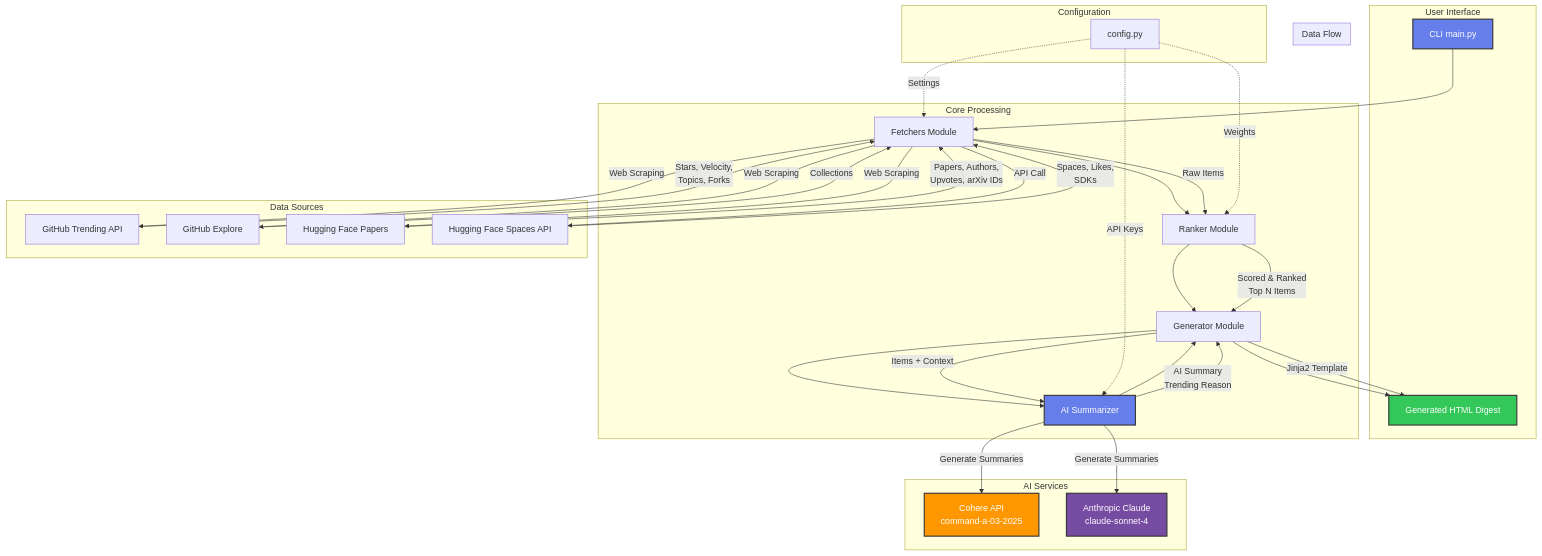
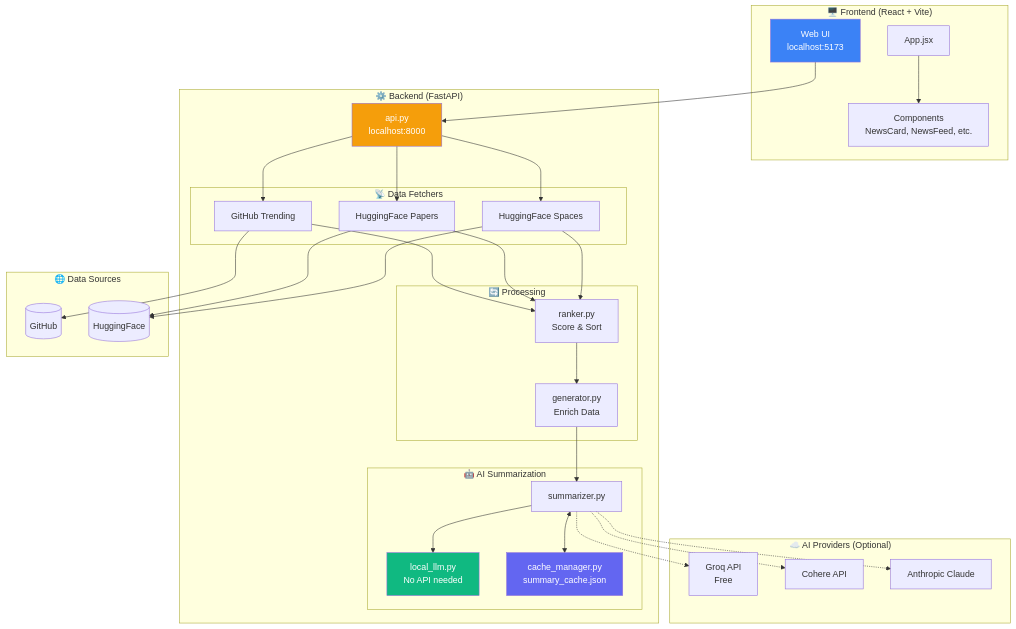
One commit to hoodini/yuv-ai-trends changed the diagram in README.md. Above: the diagram before and after it, drawn with Mermaid. The commit also changed other lines of this file and 8 other files, not shown here.

First line of the commit message:
v2.0.0: Local LLM fallback, smart caching, and improved summaries

````diff
--- a/README.md
+++ b/README.md
@@ -28,62 +44,60 @@
 ```mermaid
-graph TB
-    subgraph "User Interface"
-        CLI[CLI main.py]
-        HTML[Generated HTML Digest]
+flowchart TB
+    subgraph Frontend["🖥️ Frontend (React + Vite)"]
+        UI[Web UI<br/>localhost:5173]
+        App[App.jsx]
+        Components[Components<br/>NewsCard, NewsFeed, etc.]
     end
+
+    subgraph Backend["⚙️ Backend (FastAPI)"]
+        API[api.py<br/>localhost:8000]
+        
+        subgraph Fetchers["📡 Data Fetchers"]
+            GH[GitHub Trending]
+            HFP[HuggingFace Papers]
+            HFS[HuggingFace Spaces]
+        end
+        
+        subgraph Processing["🔄 Processing"]
+            Ranker[ranker.py<br/>Score & Sort]
+            Generator[generator.py<br/>Enrich Data]
+        end
+        
+        subgraph AI["🤖 AI Summarization"]
+            Summarizer[summarizer.py]
+            LocalLLM[local_llm.py<br/>No API needed]
+            Cache[cache_manager.py<br/>summary_cache.json]
+        end
+    end
+
+    subgraph Providers["☁️ AI Providers (Optional)"]
+        Groq[Groq API<br/>Free]
+        Cohere[Cohere API]
+        Anthropic[Anthropic Claude]
+    end
+
+    subgraph Sources["🌐 Data Sources"]
+        GitHub[(GitHub)]
+        HuggingFace[(HuggingFace)]
+    end
+
+    UI --> API
+    App --> Components
     
-    subgraph "Core Processing"
-        CLI --> Fetchers[Fetchers Module]
-        Fetchers --> Ranker[Ranker Module]
-        Ranker --> Generator[Generator Module]
-        Generator --> Summarizer[AI Summarizer]
-        Summarizer --> Generator
-        Generator --> HTML
-    end
+    API --> GH & HFP & HFS
+    GH & HFP & HFS --> Ranker
+    Ranker --> Generator
+    Generator --> Summarizer
     
-    subgraph "Data Sources"
-        GitHub[GitHub Trending API]
-        GitHubExplore[GitHub Explore]
-        HFPapers[Hugging Face Papers]
-        HFSpaces[Hugging Face Spaces API]
-        
-        Fetchers -->|Web Scraping| GitHub
-        Fetchers -->|Web Scraping| GitHubExplore
-        Fetchers -->|Web Scraping| HFPapers
-        Fetchers -->|API Call| HFSpaces
-    end
+    Summarizer --> LocalLLM
+    Summarizer -.-> Groq & Cohere & Anthropic
+    Summarizer <--> Cache
     
-    subgraph "AI Services"
-        Cohere[Cohere API<br/>command-a-03-2025]
-        Anthropic[Anthropic Claude<br/>claude-sonnet-4]
-        
-        Summarizer -->|Generate Summaries| Cohere
-        Summarizer -->|Generate Summaries| Anthropic
-    end
-    
-    subgraph "Data Flow"
-        GitHub -->|Stars, Velocity,<br/>Topics, Forks| Fetchers
-        GitHubExplore -->|Collections| Fetchers
-        HFPapers -->|Papers, Authors,<br/>Upvotes, arXiv IDs| Fetchers
-        HFSpaces -->|Spaces, Likes,<br/>SDKs| Fetchers
-        
-        Fetchers -->|Raw Items| Ranker
-        Ranker -->|Scored & Ranked<br/>Top N Items| Generator
-        Generator -->|Items + Context| Summarizer
-        Summarizer -->|AI Summary<br/>Trending Reason| Generator
-        Generator -->|Jinja2 Template| HTML
-    end
-    
-    subgraph "Configuration"
-        Config[config.py]
-        Config -.->|Settings| Fetchers
-        Config -.->|Weights| Ranker
-        Config -.->|API Keys| Summarizer
-    end
-    
-    style CLI fill:#667eea,stroke:#333,stroke-width:2px,color:#fff
-    style HTML fill:#34c759,stroke:#333,stroke-width:2px,color:#fff
-    style Cohere fill:#ff9800,stroke:#333,stroke-width:2px,color:#fff
-    style Anthropic fill:#764ba2,stroke:#333,stroke-width:2px,color:#fff
-    style Summarizer fill:#667eea,stroke:#333,stroke-width:2px,color:#fff
+    GH --> GitHub
+    HFP & HFS --> HuggingFace
+
+    style LocalLLM fill:#10b981,color:#fff
+    style Cache fill:#6366f1,color:#fff
+    style UI fill:#3b82f6,color:#fff
+    style API fill:#f59e0b,color:#fff
 ```
````
